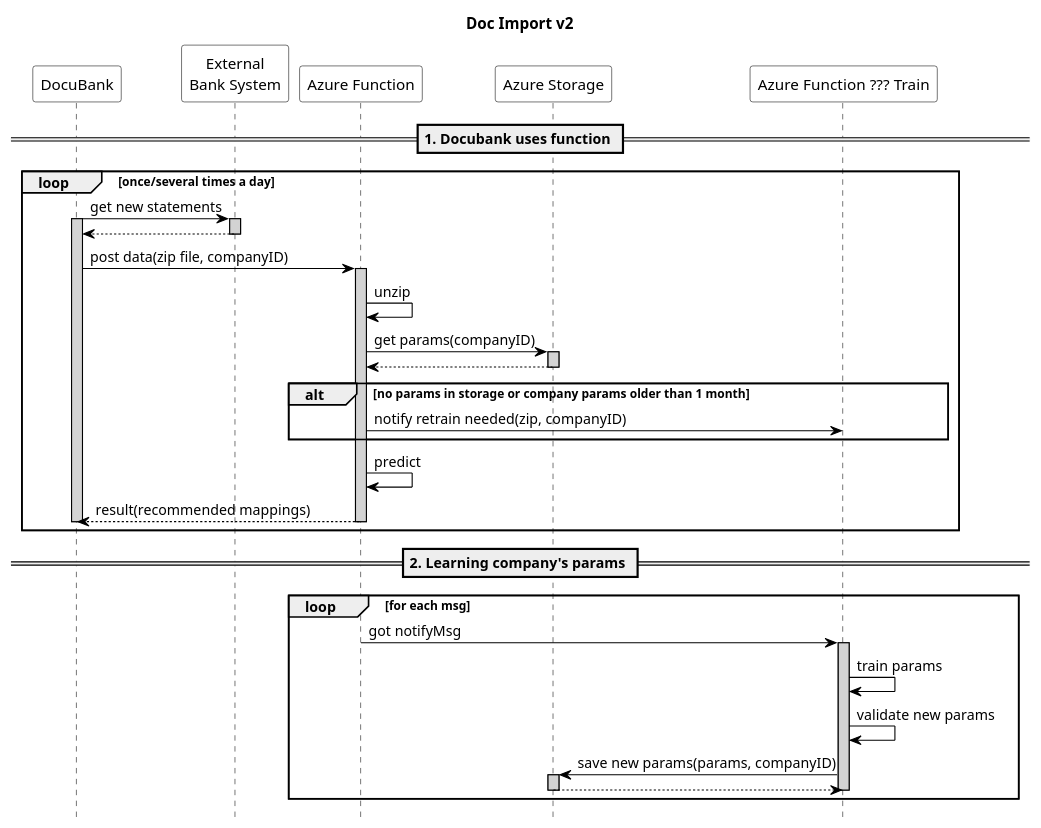
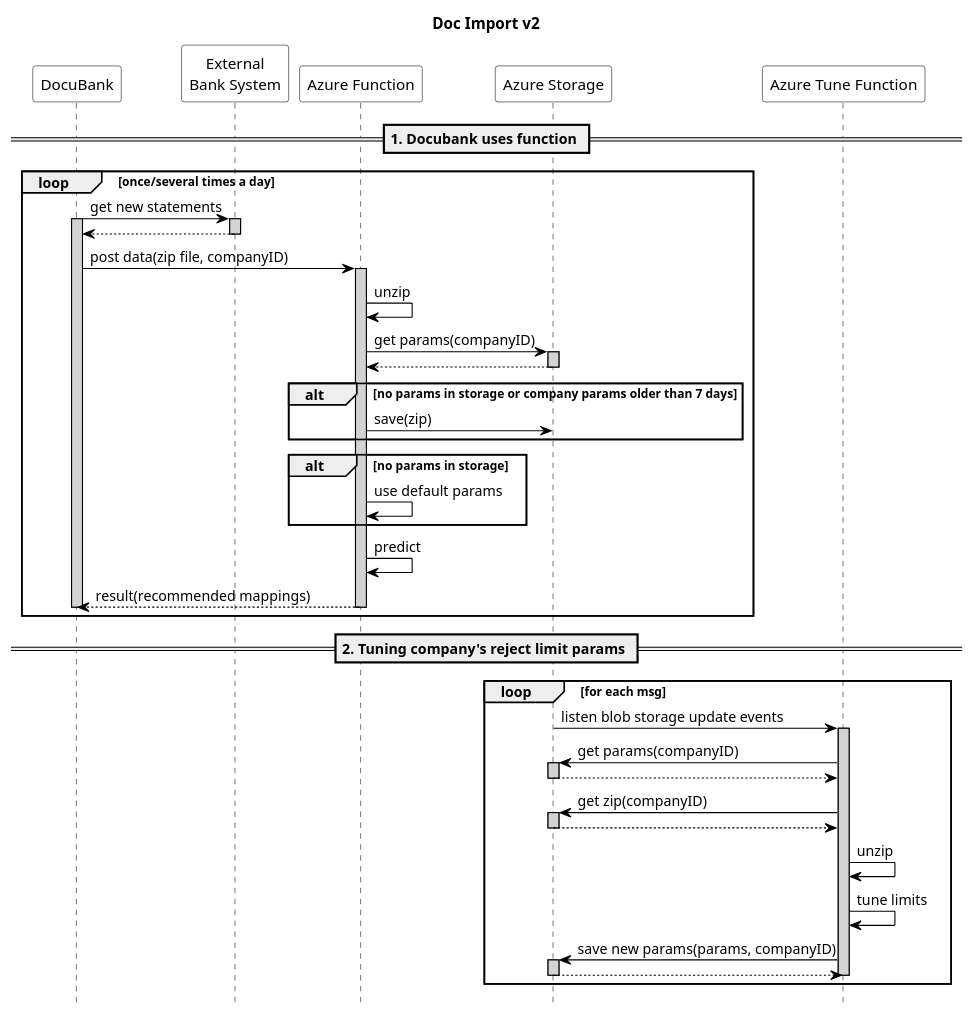
The diagram in design/proto-v2.puml (airenas/re-bankmap), drawn with PlantUML before and after one commit. The commit also changed 2 other files, not shown here.

Commit message:
Update schema

```diff
--- a/design/proto-v2.puml
+++ b/design/proto-v2.puml
@@ -1,68 +1,80 @@
 @startuml Doc import
 skinparam sequence {
     ParticipantBorderColor Black
     ActorBorderColor Black
 
     ParticipantBackgroundColor White
     ActorBackgroundColor White
 
     ArrowColor black
     LifeLineBorderColor black
     LifeLineBackgroundColor lightgray
 
     BoxBorderColor black
 }
 skinparam databaseBackgroundColor White
 skinparam dataBaseBorderColor Blue
 
 hide footbox
 title Doc Import v2
 
 ' skinparam handwritten true
 
 participant "DocuBank" as docu
 participant "External\nBank System" as bank
 participant "Azure Function" as predictor
 participant "Azure Storage" as storage
-participant "Azure Function ??? Train" as trainer
+participant "Azure Tune Function" as trainer
 
 == 1. Docubank uses function ==
 
 loop once/several times a day
     docu -> bank: get new statements
     activate docu
     activate bank
     bank --> docu:
     deactivate bank
 
     docu -> predictor: post data(zip file, companyID)
     activate predictor
     predictor -> predictor: unzip
     predictor -> storage: get params(companyID)
     activate storage
     storage --> predictor
     deactivate storage
-    alt no params in storage or company params older than 1 month
-        predictor -> trainer: notify retrain needed(zip, companyID)
+    alt no params in storage or company params older than 7 days
+        predictor -> storage: save(zip)
+    end
+    alt no params in storage
+        predictor -> predictor: use default params
     end
     predictor -> predictor: predict
     predictor --> docu: result(recommended mappings)
     deactivate predictor
     deactivate docu
 end
 
-== 2. Learning company's params ==
+== 2. Tuning company's reject limit params ==
 loop for each msg
 
-    predictor -> trainer: got notifyMsg
+    storage -> trainer: listen blob storage update events
     activate trainer
-    trainer -> trainer: train params
-    trainer -> trainer: validate new params
+    trainer -> storage: get params(companyID)
+    activate storage
+    storage --> trainer
+    deactivate storage
+    
+    trainer -> storage: get zip(companyID)
+    activate storage
+    storage --> trainer
+    deactivate storage
+    trainer -> trainer: unzip
+    trainer -> trainer: tune limits
     trainer -> storage: save new params(params, companyID)
     activate storage
     storage --> trainer
     deactivate storage
     deactivate trainer
 end
 
 @enduml
```
